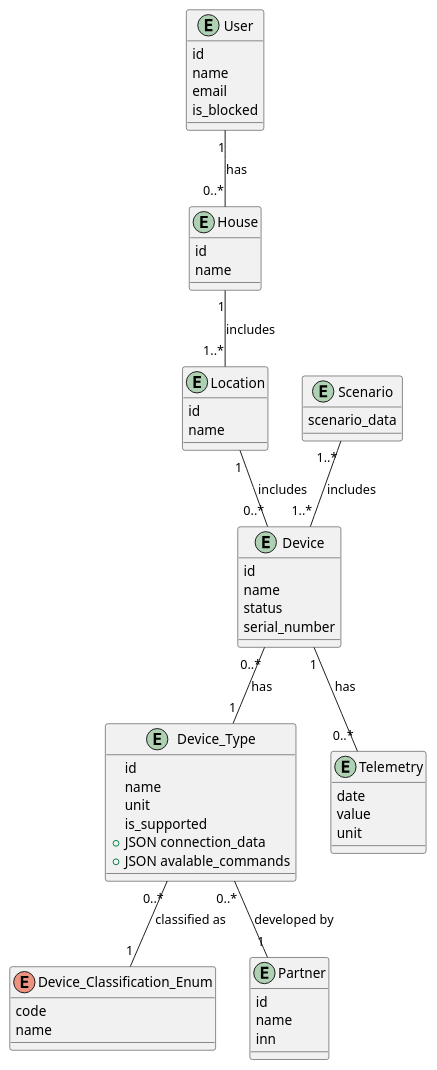
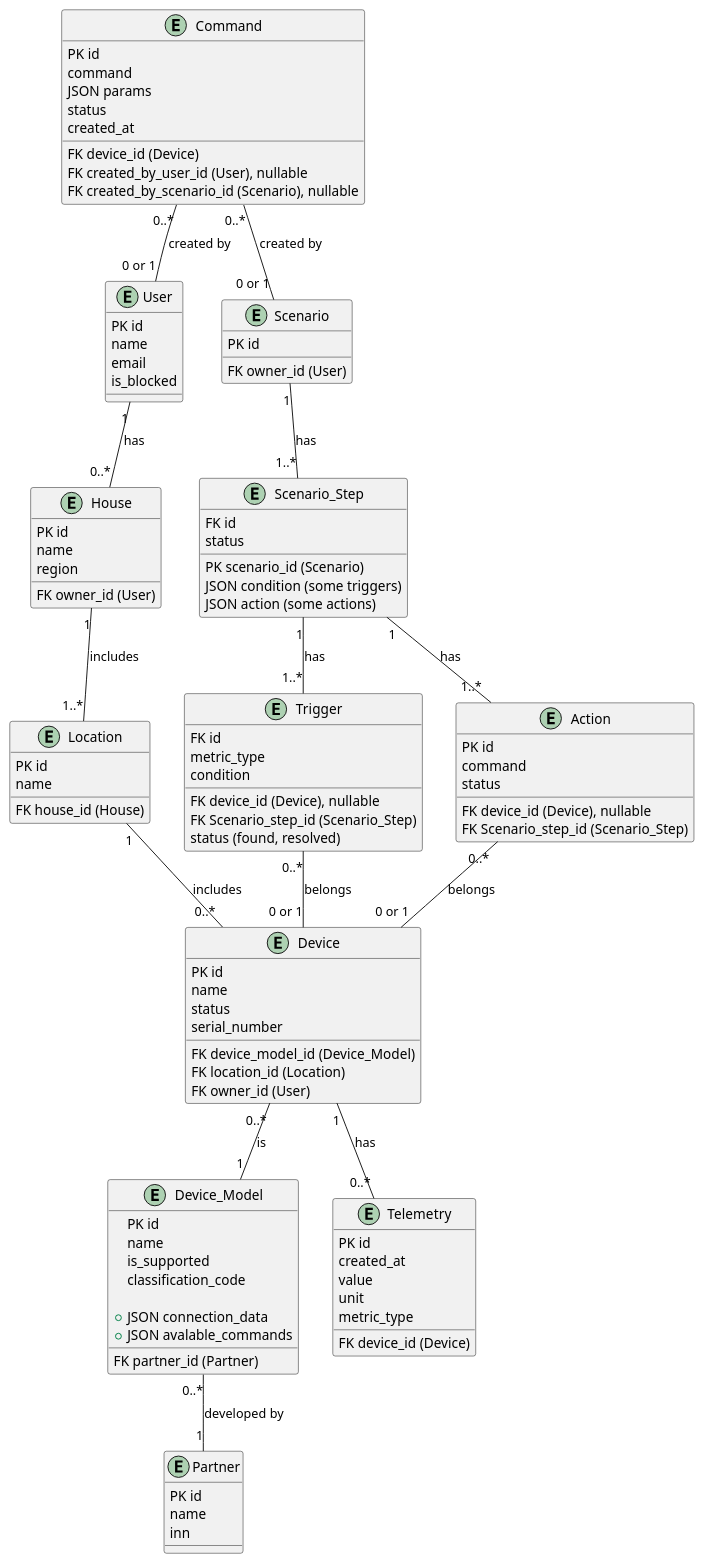
One commit to annmozer116/warmhouse-golang changed the diagram in schemas/v2/code/Smarthome-er.puml. Above: the diagram before and after it, drawn with PlantUML. The commit also changed 1 other file, not shown here.

Commit message:
Change erd

```diff
--- a/schemas/v2/code/Smarthome-er.puml
+++ b/schemas/v2/code/Smarthome-er.puml
@@ -1,66 +1,116 @@
 @startuml Smarthome-ER
 entity User {
-    id
+    PK id
     name
     email
     is_blocked
 }
 
 entity Device {
-    id
+    PK id
     name
     status
     serial_number
+    FK device_model_id (Device_Model)
+    FK location_id (Location)
+    FK owner_id (User)
 }
 
-enum Device_Classification_Enum {
-    code
-    name
+entity Command {
+    PK id
+    command
+    FK device_id (Device)
+    JSON params
+    status
+    created_at
+    FK created_by_user_id (User), nullable
+    FK created_by_scenario_id (Scenario), nullable
 }
 
-entity Device_Type {
-    id
+entity Device_Model {
+    PK id
     name
-    unit
     is_supported
+    FK partner_id (Partner)
+    classification_code
+
     +JSON connection_data
     +JSON avalable_commands 
 }
 
 entity Partner {
-    id
+    PK id
     name
     inn
 }
 
 
 entity House {
-    id
+    PK id
     name
+    region
+    FK owner_id (User)
 }
 
 entity Location {
-    id
+    PK id
     name
+    FK house_id (House)
 }
 
 entity Telemetry {
-    date
+    PK id
+    created_at
     value
     unit
+    metric_type
+    FK device_id (Device)
 }
 
 entity Scenario {
-    scenario_data
+    PK id
+    FK owner_id (User)
 }
+
+entity Scenario_Step {
+    FK id
+    PK scenario_id (Scenario)
+    JSON condition (some triggers)
+    JSON action (some actions)
+    status
+}
+
+entity Trigger {
+    FK id
+    FK device_id (Device), nullable
+    metric_type
+    condition
+    FK Scenario_step_id (Scenario_Step)
+    status (found, resolved)
+}
+
+entity Action {
+    PK id
+    FK device_id (Device), nullable
+    command
+    FK Scenario_step_id (Scenario_Step)
+    status
+}
+
+Scenario "1" -- "1..*" Scenario_Step: has
+Scenario_Step "1" -- "1..*" Trigger: has
+Scenario_Step "1" -- "1..*" Action: has
+Trigger "0..*" -- "0 or 1" Device: belongs
+Action "0..*" -- "0 or 1" Device: belongs
 
 User "1" -- "0..*" House: has
 House "1" -- "1..*" Location: includes
 Location "1" -- "0..*" Device: includes
 Device "1" -- "0..*" Telemetry: has
-Device "0..*" -- "1" Device_Type: has
-Scenario "1..*" -- "1..*" Device: includes
-Device_Type "0..*" -- "1" Partner: developed by
-Device_Type "0..*" -- "1" Device_Classification_Enum: classified as
+Device "0..*" -- "1" Device_Model: is
+Device_Model "0..*" -- "1" Partner: developed by
+
+Command "0..*" -- "0 or 1" User: created by
+Command "0..*" -- "0 or 1" Scenario: created by
 
 @enduml
```
